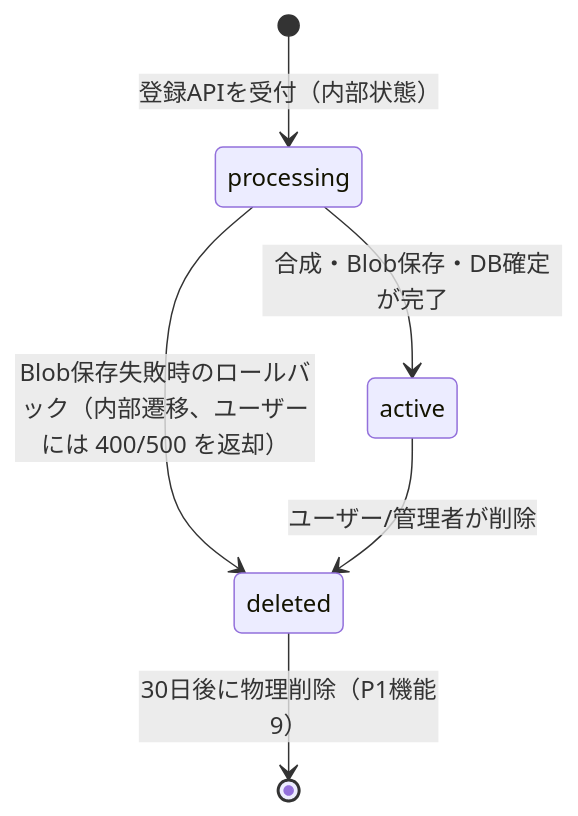
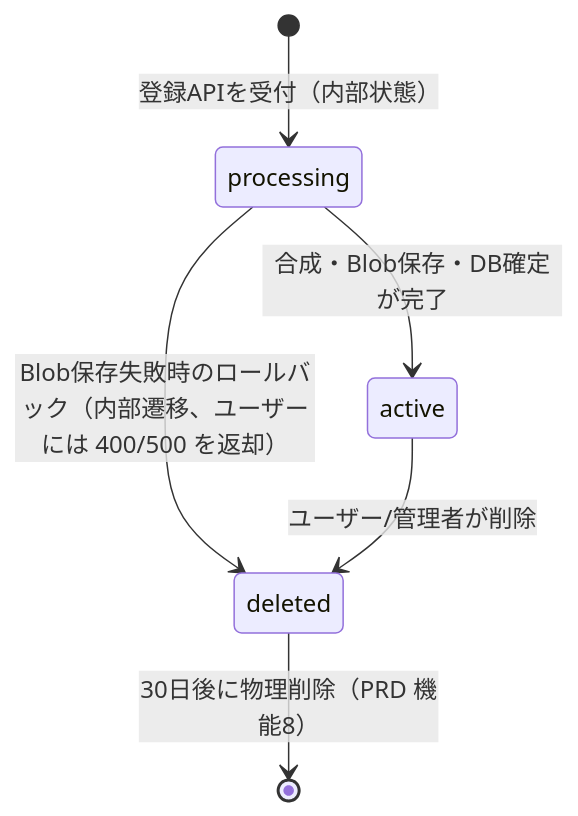
The diagram in docs/glossary.md (kakikubo/lgtmhub), drawn with Mermaid before and after one commit. The commit also changed other lines of this file and 3 other files, not shown here.

````diff
--- a/docs/glossary.md
+++ b/docs/glossary.md
@@ -517,8 +517,8 @@
 ```mermaid
 stateDiagram-v2
     [*] --> processing: 登録APIを受付（内部状態）
     processing --> active: 合成・Blob保存・DB確定が完了
     processing --> deleted: Blob保存失敗時のロールバック（内部遷移、ユーザーには 400/500 を返却）
     active --> deleted: ユーザー/管理者が削除
-    deleted --> [*]: 30日後に物理削除（P1機能9）
+    deleted --> [*]: 30日後に物理削除（PRD 機能8）
 ```
````
